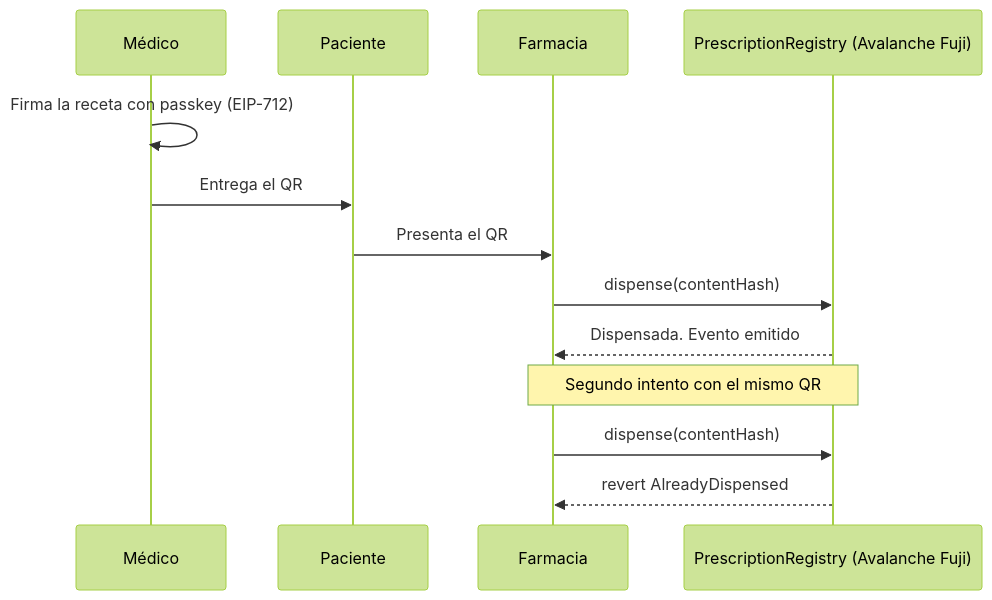
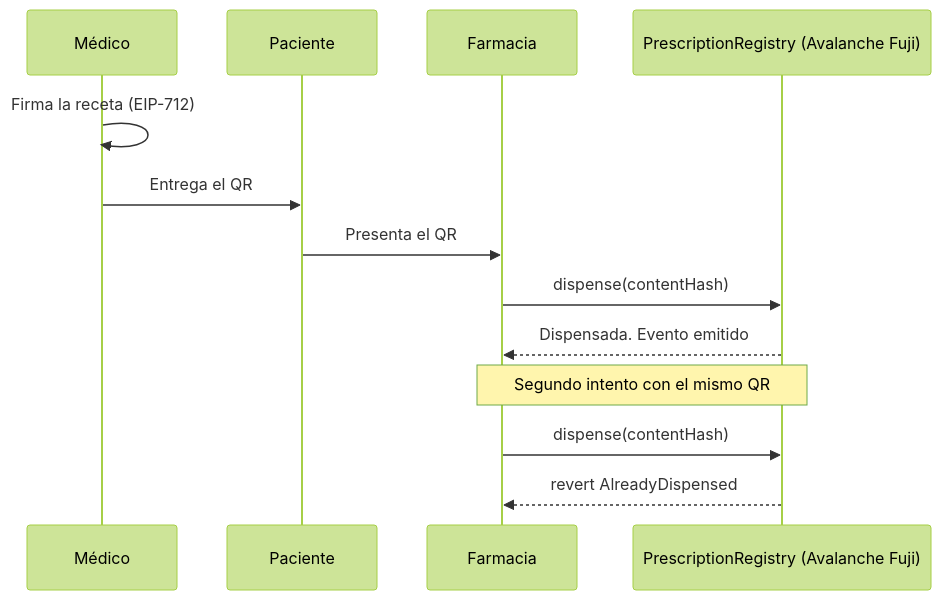
The diagram in docs/00-vision-y-alcance.md (abrereflo/proyecto_recetas), drawn with Mermaid (forest theme) before and after one commit. The commit also changed other lines of this file and 18 other files, not shown here.

````diff
--- a/docs/00-vision-y-alcance.md
+++ b/docs/00-vision-y-alcance.md
@@ -72,16 +72,16 @@
 ```mermaid
 sequenceDiagram
     participant M as Médico
     participant P as Paciente
     participant F as Farmacia
     participant SC as PrescriptionRegistry (Avalanche Fuji)
 
-    M->>M: Firma la receta con passkey (EIP-712)
+    M->>M: Firma la receta (EIP-712)
     M->>P: Entrega el QR
     P->>F: Presenta el QR
     F->>SC: dispense(contentHash)
     SC-->>F: Dispensada. Evento emitido
     Note over F,SC: Segundo intento con el mismo QR
     F->>SC: dispense(contentHash)
     SC-->>F: revert AlreadyDispensed
 ```
````
